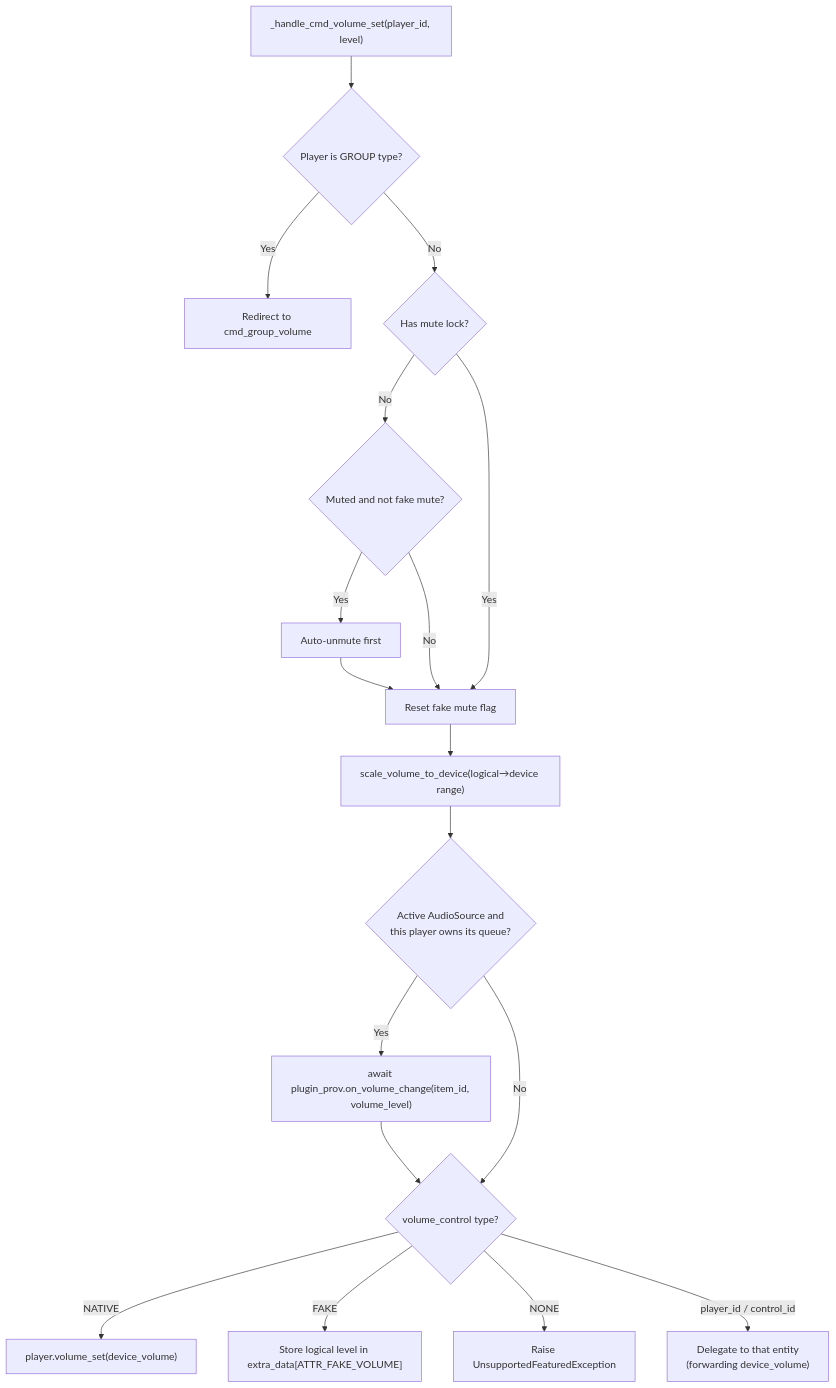
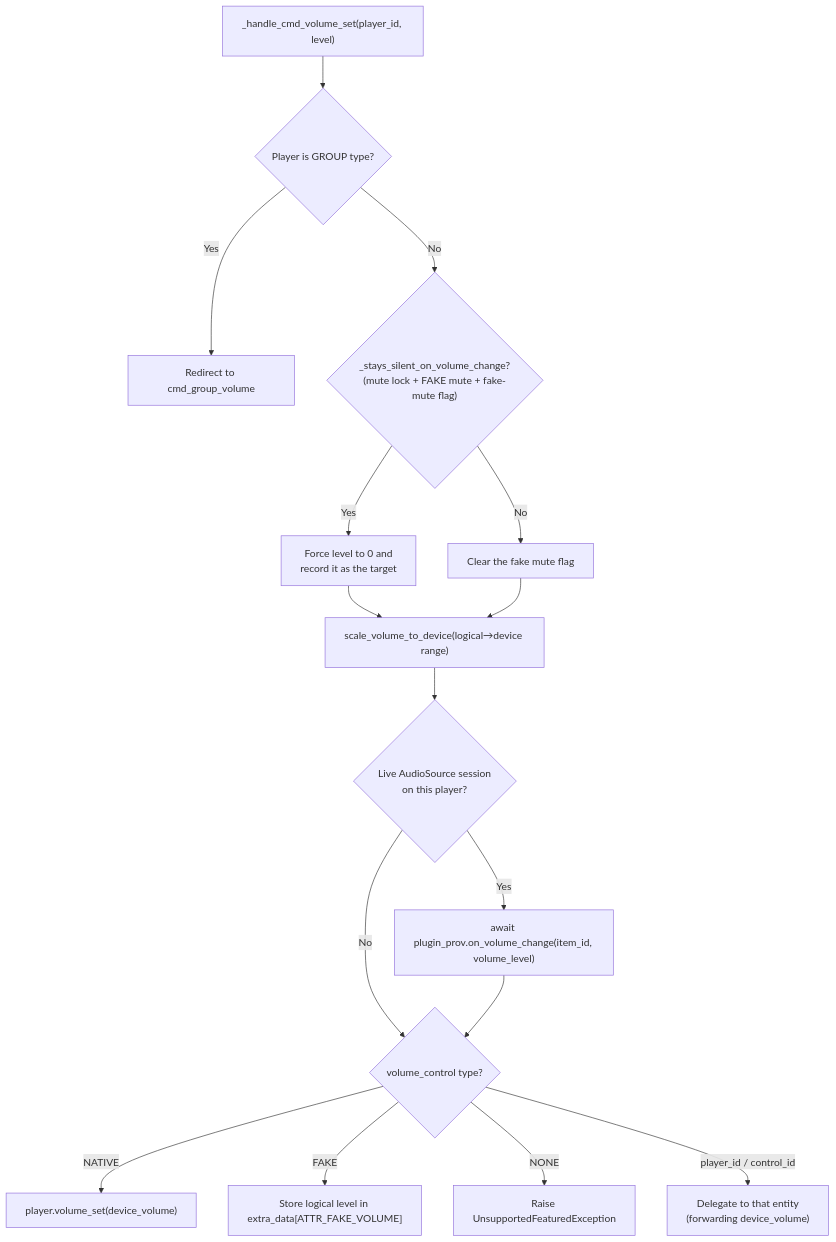
The first of 2 diagrams in docs/architecture/07-volume.md (theturtle32/music-assistant-server), drawn with Mermaid before and after one commit. The commit also changed other lines of this file and 15 other files, not shown here.

First line of the commit message:
docs(architecture): refresh streaming, players and lifecycle against upstream dev

````diff
--- a/docs/architecture/07-volume.md
+++ b/docs/architecture/07-volume.md
@@ -11,20 +11,18 @@
 ```mermaid
 flowchart TD
     A["_handle_cmd_volume_set(player_id, level)"] --> B{Player is GROUP type?}
     B -- Yes --> C[Redirect to cmd_group_volume]
-    B -- No --> D{Has mute lock?}
-    D -- No --> E{Muted and not fake mute?}
-    E -- Yes --> F[Auto-unmute first]
-    E -- No --> G[Reset fake mute flag]
-    D -- Yes --> G
-    F --> G
-    G --> H["scale_volume_to_device(logical→device range)"]
-    H --> O{"Active AudioSource and<br/>this player owns its queue?"}
+    B -- No --> D{"_stays_silent_on_volume_change?<br/>(mute lock + FAKE mute + fake-mute flag)"}
+    D -- Yes --> F["Force level to 0 and<br/>record it as the target"]
+    D -- No --> G["Clear the fake mute flag"]
+    F --> H["scale_volume_to_device(logical→device range)"]
+    G --> H
+    H --> O{"Live AudioSource session<br/>on this player?"}
     O -- Yes --> P["await plugin_prov.on_volume_change(item_id, volume_level)"]
     O -- No --> J{volume_control type?}
     P --> J
     J -- NATIVE --> K["player.volume_set(device_volume)"]
     J -- FAKE --> L["Store logical level in extra_data[ATTR_FAKE_VOLUME]"]
     J -- NONE --> M[Raise UnsupportedFeaturedException]
     J -- "player_id / control_id" --> N["Delegate to that entity<br/>(forwarding device_volume)"]
 ```
````
